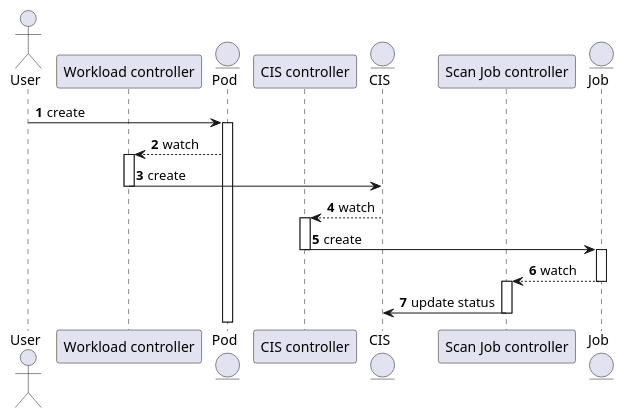
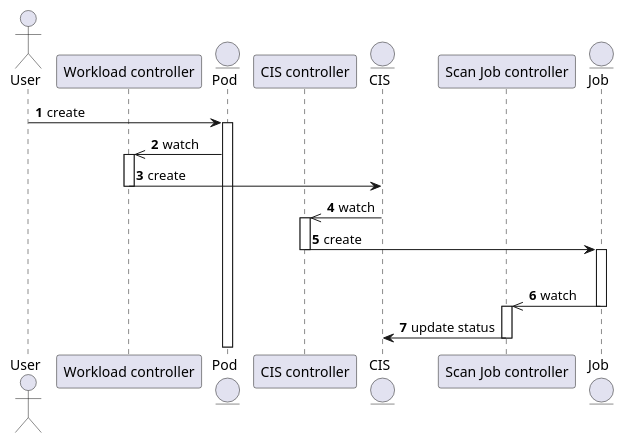
Before and after one commit to statnett/image-scanner-operator: the diagram in docs/scan-sequence.puml, drawn with PlantUML.

Commit message:
update arrows and add spacing

```diff
--- a/docs/scan-sequence.puml
+++ b/docs/scan-sequence.puml
@@ -1,31 +1,31 @@
 @startuml
 autonumber
 actor       User       as user
 participant "Workload controller" as wc
 entity      Pod      as pod
 participant "CIS controller" as cc
 entity      CIS      as cis
 participant "Scan Job controller" as jc
 entity      Job      as job
 
 user -> pod : create
 activate pod 
 
-wc <-- pod : watch
+wc <<- pod : watch
 activate wc
 wc -> cis : create
 deactivate wc
 
-cc <-- cis : watch
+cc <<- cis : watch
 activate cc
 cc -> job : create
 deactivate cc
 activate job
-
-jc <-- job: watch
+|||
+jc <<- job: watch
 deactivate job
 activate jc
 jc -> cis : update status
 deactivate jc
 
 @enduml
```
